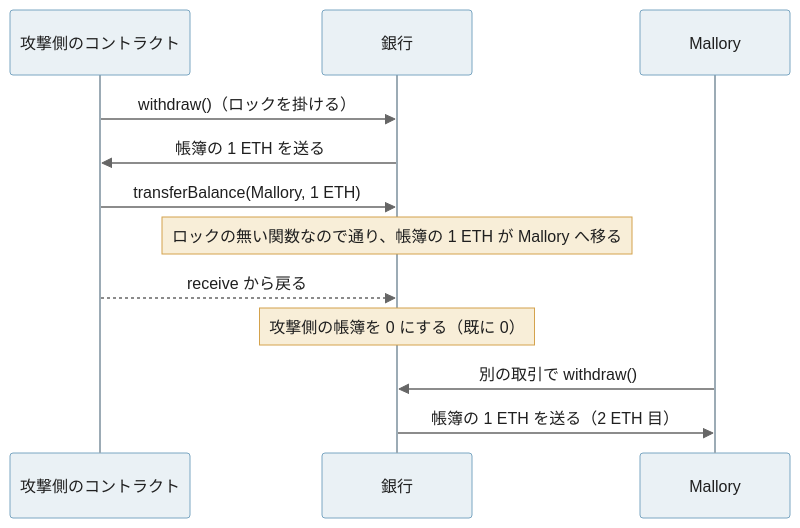
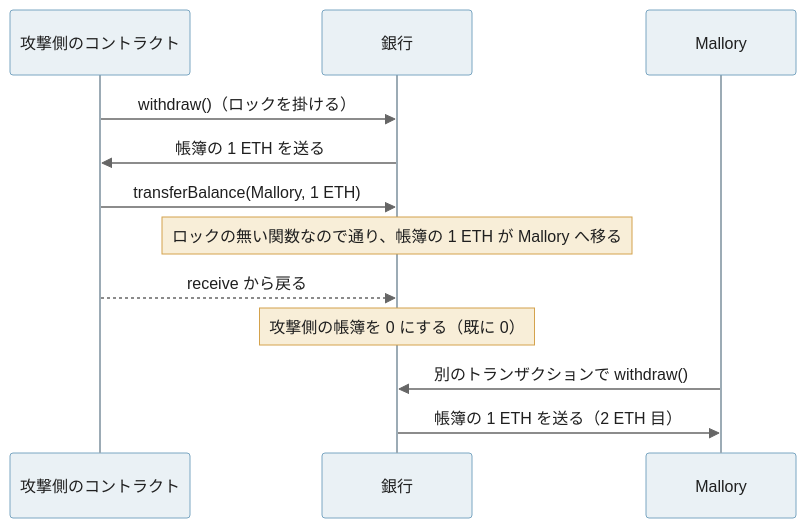
The diagram in content/notes/blockchain-systems/reentrancy/index.md (nao1215/debimate), drawn with Mermaid before and after one commit. The commit also changed other lines of this file and 129 other files, not shown here.

````diff
--- a/content/notes/blockchain-systems/reentrancy/index.md
+++ b/content/notes/blockchain-systems/reentrancy/index.md
@@ -204,15 +204,15 @@
 ```mermaid
 %%{init: {"theme":"base","themeVariables":{"primaryColor":"#eaf1f5","primaryTextColor":"#1f1f1f","primaryBorderColor":"#7aa6c2","lineColor":"#666666","textColor":"#1f1f1f","actorBkg":"#eaf1f5","actorBorder":"#7aa6c2","actorTextColor":"#1f1f1f","actorLineColor":"#9cabb5","signalColor":"#666666","signalTextColor":"#1f1f1f","noteBkgColor":"#f8eed8","noteBorderColor":"#d4a24c","noteTextColor":"#1f1f1f"}}}%%
 sequenceDiagram
     participant A as 攻撃側のコントラクト
     participant B as 銀行
     participant M as Mallory
     A->>B: withdraw()（ロックを掛ける）
     B->>A: 帳簿の 1 ETH を送る
     A->>B: transferBalance(Mallory, 1 ETH)
     Note over B: ロックの無い関数なので通り、帳簿の 1 ETH が Mallory へ移る
     A-->>B: receive から戻る
     Note over B: 攻撃側の帳簿を 0 にする（既に 0）
-    M->>B: 別の取引で withdraw()
+    M->>B: 別のトランザクションで withdraw()
     B->>M: 帳簿の 1 ETH を送る（2 ETH 目）
 ```
````
